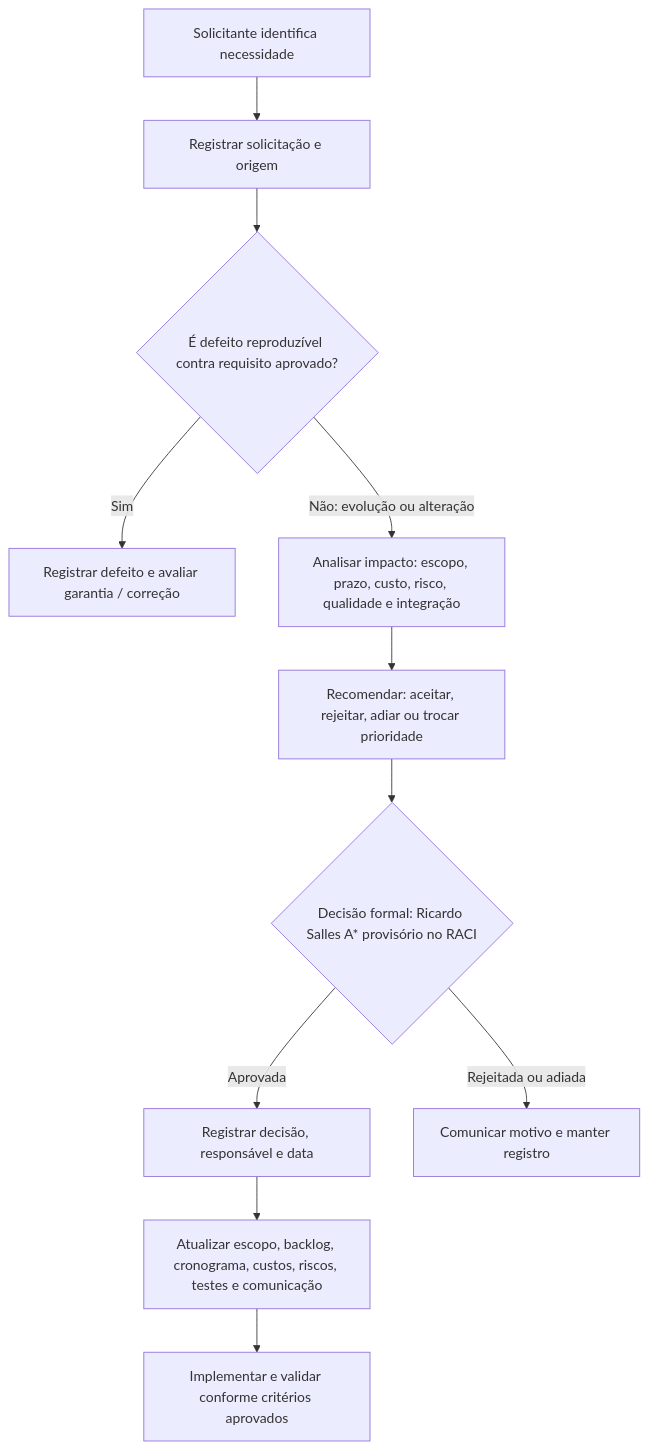
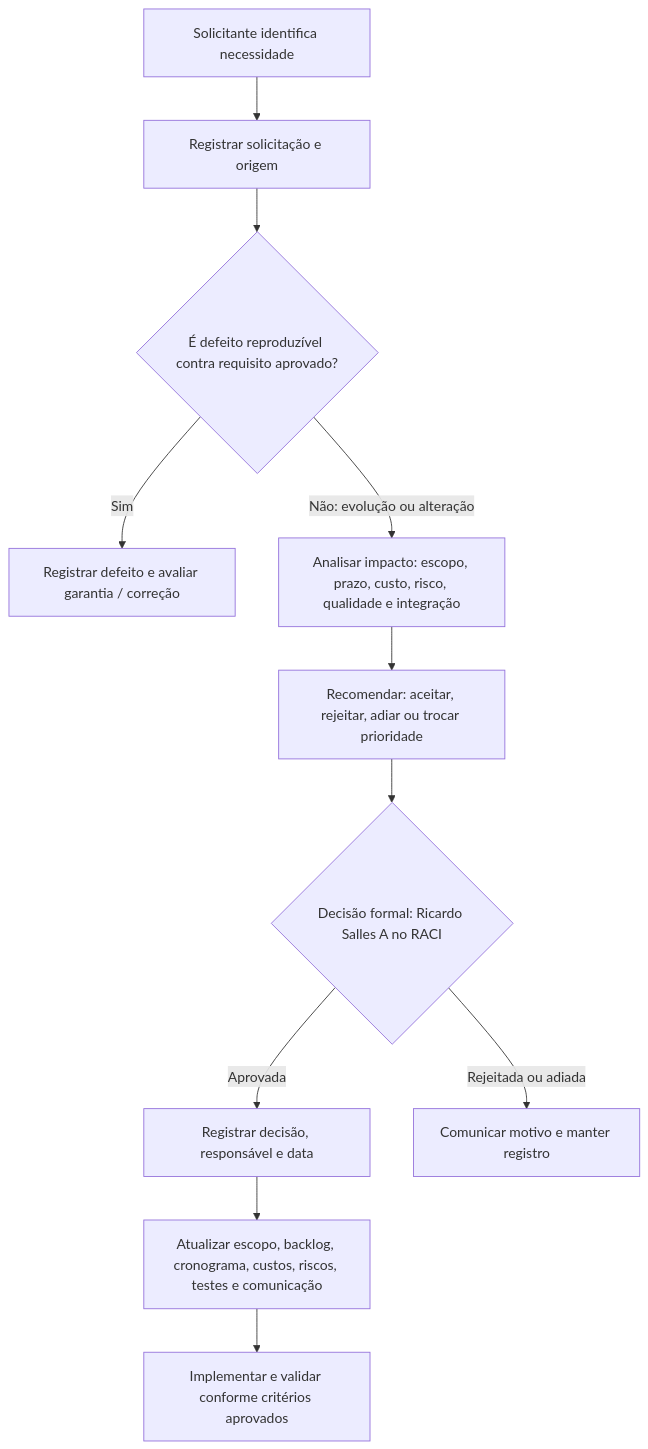
One commit to arauj-gugs/goofy-jello-support-material changed the diagram in pessoa_4/Fluxo de Mudança.md. Above: the diagram before and after it, drawn with Mermaid. The commit also changed other lines of this file and 14 other files, not shown here.

````diff
--- a/pessoa_4/Fluxo de Mudança.md
+++ b/pessoa_4/Fluxo de Mudança.md
@@ -13,13 +13,13 @@
 ```mermaid
 flowchart TD
     A[Solicitante identifica necessidade] --> B[Registrar solicitação e origem]
     B --> C{É defeito reproduzível contra requisito aprovado?}
     C -->|Sim| D[Registrar defeito e avaliar garantia / correção]
     C -->|Não: evolução ou alteração| E[Analisar impacto: escopo, prazo, custo, risco, qualidade e integração]
     E --> F[Recomendar: aceitar, rejeitar, adiar ou trocar prioridade]
-    F --> G{Decisão formal: Ricardo Salles A* provisório no RACI}
+    F --> G{Decisão formal: Ricardo Salles A no RACI}
     G -->|Aprovada| H[Registrar decisão, responsável e data]
     G -->|Rejeitada ou adiada| I[Comunicar motivo e manter registro]
     H --> J[Atualizar escopo, backlog, cronograma, custos, riscos, testes e comunicação]
     J --> K[Implementar e validar conforme critérios aprovados]
 ```
````
